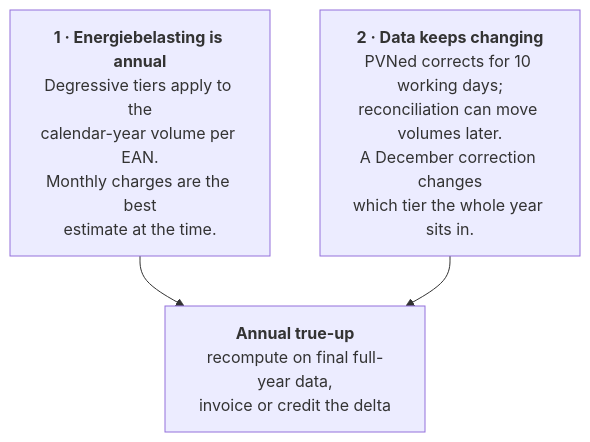
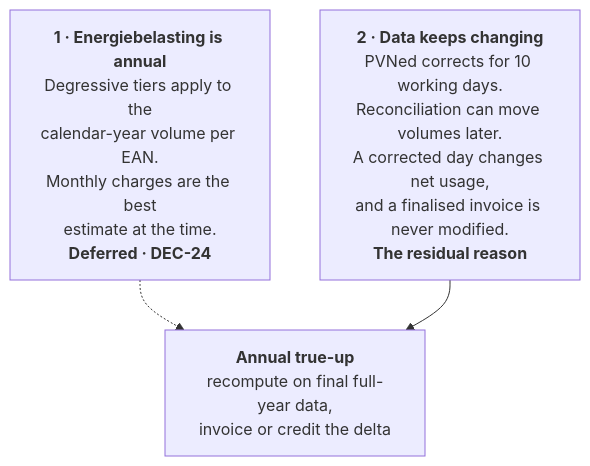
One commit to lukastosic-ifd/peakpowerspecs changed the first of 4 diagrams in specs/40-processes/05-annual-true-up.md. Above: the diagram before and after it, drawn with Mermaid. The commit also changed other lines of this file and 43 other files, not shown here.

````diff
--- a/specs/40-processes/05-annual-true-up.md
+++ b/specs/40-processes/05-annual-true-up.md
@@ -14,7 +27,7 @@
 ```mermaid
 flowchart TB
-    R1["<b>1 · Energiebelasting is annual</b><br/>Degressive tiers apply to the<br/>calendar-year volume per EAN.<br/>Monthly charges are the best<br/>estimate at the time."]
-    R2["<b>2 · Data keeps changing</b><br/>PVNed corrects for 10 working days;<br/>reconciliation can move volumes later.<br/>A December correction changes<br/>which tier the whole year sits in."]
-    R1 --> T["<b>Annual true-up</b><br/>recompute on final full-year data,<br/>invoice or credit the delta"]
+    R1["<b>1 · Energiebelasting is annual</b><br/>Degressive tiers apply to the<br/>calendar-year volume per EAN.<br/>Monthly charges are the best<br/>estimate at the time.<br/><b>Deferred · DEC-24</b>"]
+    R2["<b>2 · Data keeps changing</b><br/>PVNed corrects for 10 working days.<br/>Reconciliation can move volumes later.<br/>A corrected day changes net usage,<br/>and a finalised invoice is never modified.<br/><b>The residual reason</b>"]
+    R1 -.-> T["<b>Annual true-up</b><br/>recompute on final full-year data,<br/>invoice or credit the delta"]
     R2 --> T
 ```
````
